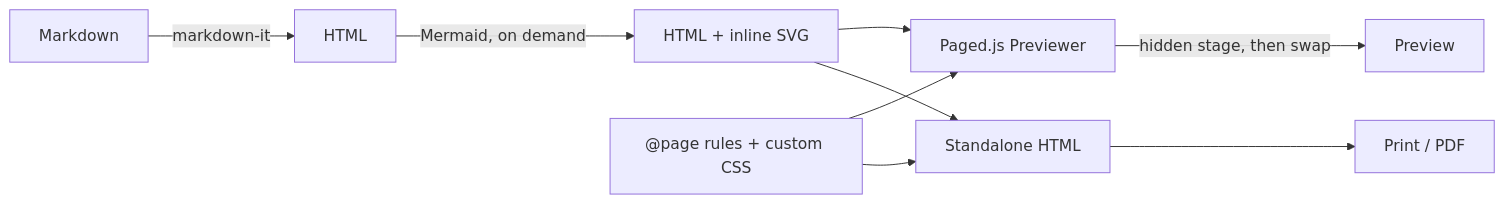
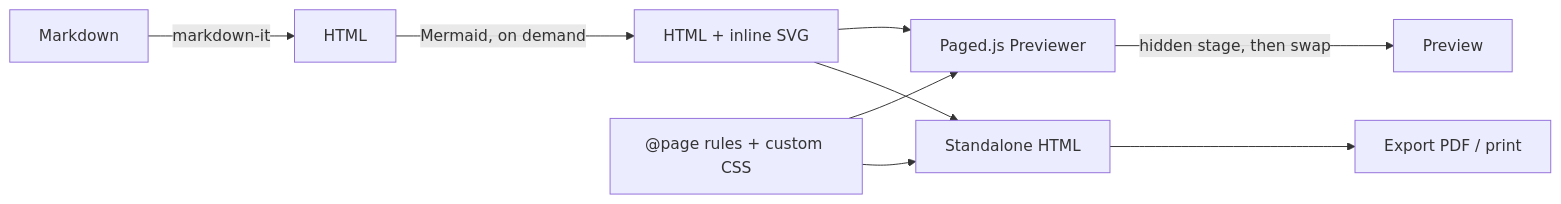
The diagram in README.md (florianlotte/markdown-paged-studio), drawn with Mermaid before and after one commit. The commit also changed other lines of this file and 11 other files, not shown here.

First line of the commit message:
Unify the PDF action into one Export PDF button; release 1.1.0

````diff
--- a/README.md
+++ b/README.md
@@ -147,11 +150,11 @@
 ```mermaid
 flowchart LR
   MD[Markdown] -->|markdown-it| HTML[HTML]
   HTML -->|Mermaid, on demand| SVG["HTML + inline SVG"]
   CSS["@page rules + custom CSS"] --> P
   SVG --> P["Paged.js Previewer"]
   P -->|hidden stage, then swap| Preview[Preview]
   SVG --> X["Standalone HTML"]
   CSS --> X
-  X --> Print["Print / PDF"]
+  X --> PDF["Export PDF / print"]
 ```
````
